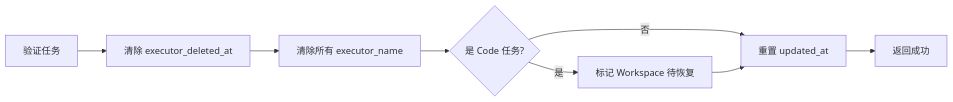
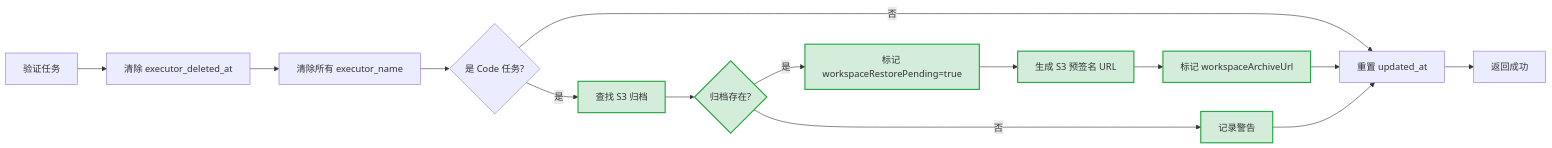
The third of 9 diagrams in docs/zh/features/task-restore.md (wecode-ai/Wegent), drawn with Mermaid before and after one commit. The commit also changed other lines of this file and 1 other file, not shown here.

First line of the commit message:
docs: update task restore documentation with visual markers

````diff
--- a/docs/zh/features/task-restore.md
+++ b/docs/zh/features/task-restore.md
@@ -138,10 +201,18 @@
 ```mermaid
 flowchart LR
     A[验证任务] --> B[清除 executor_deleted_at]
     B --> C[清除所有 executor_name]
     C --> D{是 Code 任务?}
-    D -->|是| E[标记 Workspace 待恢复]
+    D -->|是| E[查找 S3 归档]:::new
     D -->|否| F[重置 updated_at]
-    E --> F
-    F --> G[返回成功]
+    E --> G{归档存在?}:::new
+    G -->|是| H[标记 workspaceRestorePending=true]:::new
+    G -->|否| I[记录警告]:::new
+    H --> J[生成 S3 预签名 URL]:::new
+    J --> K[标记 workspaceArchiveUrl]:::new
+    K --> F
+    I --> F
+    F --> L[返回成功]
+
+    classDef new fill:#d4edda,stroke:#28a745,stroke-width:2px
 ```
````
